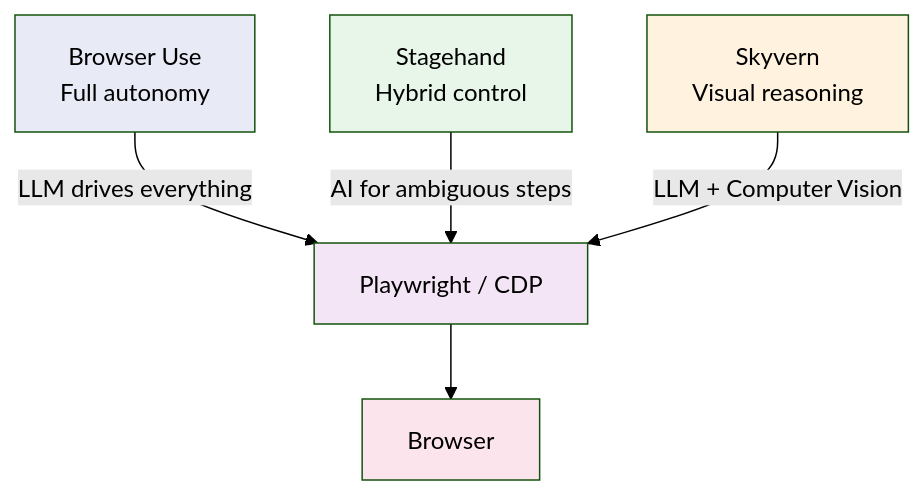
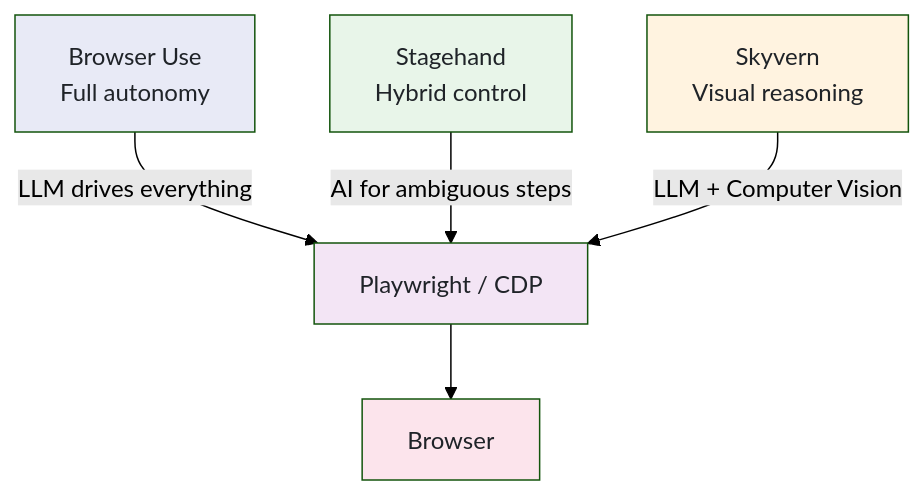
The third of 5 diagrams in _posts/2026-02-22-ai-browser-agents-playwright-for-ai-agent-automation.md (bytetunnels/bytetunnels.github.com), drawn with Mermaid (forest theme) before and after one commit. The commit also changed other lines of this file and 118 other files, not shown here.

Commit message:
feat: improve diagram styling and compact wide flowcharts

````diff
--- a/_posts/2026-02-22-ai-browser-agents-playwright-for-ai-agent-automation.md
+++ b/_posts/2026-02-22-ai-browser-agents-playwright-for-ai-agent-automation.md
@@ -220,13 +220,13 @@
 ```mermaid
 graph TD
     A["Browser Use<br>Full autonomy"] -->|"LLM drives everything"| D["Playwright / CDP"]
     B["Stagehand<br>Hybrid control"] -->|"AI for ambiguous steps"| D
     C["Skyvern<br>Visual reasoning"] -->|"LLM + Computer Vision"| D
     D --> E["Browser"]
 
-    style A fill:#e8eaf6
-    style B fill:#e8f5e9
-    style C fill:#fff3e0
-    style D fill:#f3e5f5
-    style E fill:#fce4ec
+    style A fill:#e8eaf6,color:#1f2328
+    style B fill:#e8f5e9,color:#1f2328
+    style C fill:#fff3e0,color:#1f2328
+    style D fill:#f3e5f5,color:#1f2328
+    style E fill:#fce4ec,color:#1f2328
 ```
````
